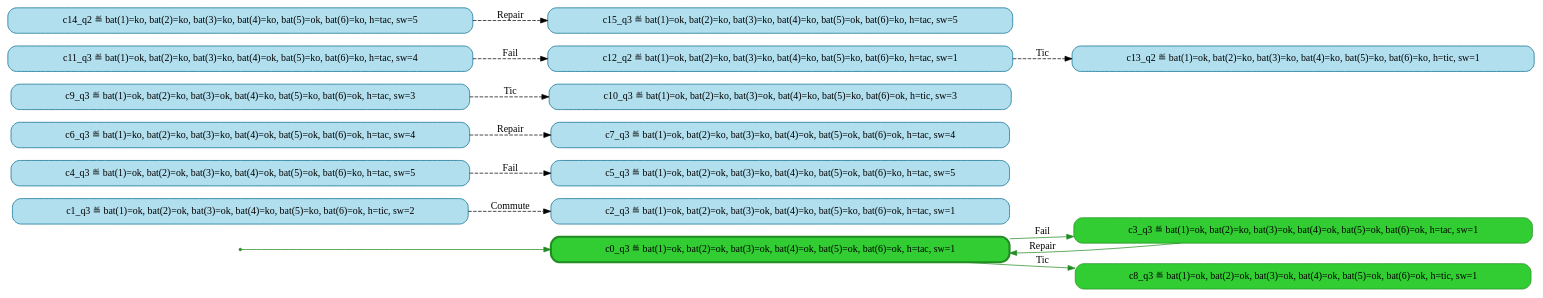
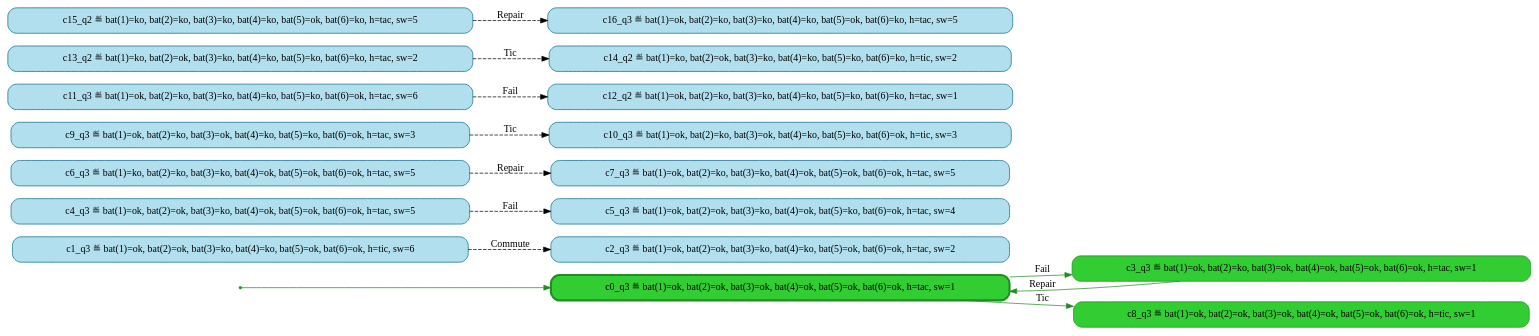
The diagram in resources/results/threeBatteries/2_rel/cxp_full.dot (stratosphr/stratest2), drawn with Graphviz before and after one commit. The commit also changed 174 other files, not shown here.

```diff
--- a/resources/results/threeBatteries/2_rel/cxp_full.dot
+++ b/resources/results/threeBatteries/2_rel/cxp_full.dot
@@ -1,35 +1,36 @@
 digraph g {
 
 	rankdir="LR"
 
 	__invisible__[shape="point", color="forestgreen"]
 	c0_q3[label="c0_q3 ≝ bat(1)=ok, bat(2)=ok, bat(3)=ok, bat(4)=ok, bat(5)=ok, bat(6)=ok, h=tac, sw=1", shape="box", style="rounded, filled", color="forestgreen", fillcolor="limegreen", penwidth=3] // Initial
 	c3_q3[label="c3_q3 ≝ bat(1)=ok, bat(2)=ko, bat(3)=ok, bat(4)=ok, bat(5)=ok, bat(6)=ok, h=tac, sw=1", shape="box", style="rounded, filled", color="forestgreen", fillcolor="limegreen"]
 	c8_q3[label="c8_q3 ≝ bat(1)=ok, bat(2)=ok, bat(3)=ok, bat(4)=ok, bat(5)=ok, bat(6)=ok, h=tic, sw=1", shape="box", style="rounded, filled", color="forestgreen", fillcolor="limegreen"]
-	c1_q3[label="c1_q3 ≝ bat(1)=ok, bat(2)=ok, bat(3)=ok, bat(4)=ko, bat(5)=ko, bat(6)=ok, h=tic, sw=2", shape="box", style="rounded, filled", color="deepskyblue4", fillcolor="lightblue2"]
-	c2_q3[label="c2_q3 ≝ bat(1)=ok, bat(2)=ok, bat(3)=ok, bat(4)=ko, bat(5)=ko, bat(6)=ok, h=tac, sw=1", shape="box", style="rounded, filled", color="deepskyblue4", fillcolor="lightblue2"]
-	c4_q3[label="c4_q3 ≝ bat(1)=ok, bat(2)=ok, bat(3)=ko, bat(4)=ok, bat(5)=ok, bat(6)=ko, h=tac, sw=5", shape="box", style="rounded, filled", color="deepskyblue4", fillcolor="lightblue2"]
-	c5_q3[label="c5_q3 ≝ bat(1)=ok, bat(2)=ok, bat(3)=ko, bat(4)=ko, bat(5)=ok, bat(6)=ko, h=tac, sw=5", shape="box", style="rounded, filled", color="deepskyblue4", fillcolor="lightblue2"]
-	c6_q3[label="c6_q3 ≝ bat(1)=ko, bat(2)=ko, bat(3)=ko, bat(4)=ok, bat(5)=ok, bat(6)=ok, h=tac, sw=4", shape="box", style="rounded, filled", color="deepskyblue4", fillcolor="lightblue2"]
-	c7_q3[label="c7_q3 ≝ bat(1)=ok, bat(2)=ko, bat(3)=ko, bat(4)=ok, bat(5)=ok, bat(6)=ok, h=tac, sw=4", shape="box", style="rounded, filled", color="deepskyblue4", fillcolor="lightblue2"]
+	c1_q3[label="c1_q3 ≝ bat(1)=ok, bat(2)=ok, bat(3)=ko, bat(4)=ko, bat(5)=ok, bat(6)=ok, h=tic, sw=6", shape="box", style="rounded, filled", color="deepskyblue4", fillcolor="lightblue2"]
+	c2_q3[label="c2_q3 ≝ bat(1)=ok, bat(2)=ok, bat(3)=ko, bat(4)=ko, bat(5)=ok, bat(6)=ok, h=tac, sw=2", shape="box", style="rounded, filled", color="deepskyblue4", fillcolor="lightblue2"]
+	c4_q3[label="c4_q3 ≝ bat(1)=ok, bat(2)=ok, bat(3)=ko, bat(4)=ok, bat(5)=ok, bat(6)=ok, h=tac, sw=5", shape="box", style="rounded, filled", color="deepskyblue4", fillcolor="lightblue2"]
+	c5_q3[label="c5_q3 ≝ bat(1)=ok, bat(2)=ok, bat(3)=ko, bat(4)=ok, bat(5)=ko, bat(6)=ok, h=tac, sw=4", shape="box", style="rounded, filled", color="deepskyblue4", fillcolor="lightblue2"]
+	c6_q3[label="c6_q3 ≝ bat(1)=ko, bat(2)=ko, bat(3)=ko, bat(4)=ok, bat(5)=ok, bat(6)=ok, h=tac, sw=5", shape="box", style="rounded, filled", color="deepskyblue4", fillcolor="lightblue2"]
+	c7_q3[label="c7_q3 ≝ bat(1)=ok, bat(2)=ko, bat(3)=ko, bat(4)=ok, bat(5)=ok, bat(6)=ok, h=tac, sw=5", shape="box", style="rounded, filled", color="deepskyblue4", fillcolor="lightblue2"]
 	c9_q3[label="c9_q3 ≝ bat(1)=ok, bat(2)=ko, bat(3)=ok, bat(4)=ko, bat(5)=ko, bat(6)=ok, h=tac, sw=3", shape="box", style="rounded, filled", color="deepskyblue4", fillcolor="lightblue2"]
 	c10_q3[label="c10_q3 ≝ bat(1)=ok, bat(2)=ko, bat(3)=ok, bat(4)=ko, bat(5)=ko, bat(6)=ok, h=tic, sw=3", shape="box", style="rounded, filled", color="deepskyblue4", fillcolor="lightblue2"]
-	c11_q3[label="c11_q3 ≝ bat(1)=ok, bat(2)=ko, bat(3)=ko, bat(4)=ok, bat(5)=ko, bat(6)=ko, h=tac, sw=4", shape="box", style="rounded, filled", color="deepskyblue4", fillcolor="lightblue2"]
+	c11_q3[label="c11_q3 ≝ bat(1)=ok, bat(2)=ko, bat(3)=ko, bat(4)=ko, bat(5)=ko, bat(6)=ok, h=tac, sw=6", shape="box", style="rounded, filled", color="deepskyblue4", fillcolor="lightblue2"]
 	c12_q2[label="c12_q2 ≝ bat(1)=ok, bat(2)=ko, bat(3)=ko, bat(4)=ko, bat(5)=ko, bat(6)=ko, h=tac, sw=1", shape="box", style="rounded, filled", color="deepskyblue4", fillcolor="lightblue2"]
-	c13_q2[label="c13_q2 ≝ bat(1)=ok, bat(2)=ko, bat(3)=ko, bat(4)=ko, bat(5)=ko, bat(6)=ko, h=tic, sw=1", shape="box", style="rounded, filled", color="deepskyblue4", fillcolor="lightblue2"]
-	c14_q2[label="c14_q2 ≝ bat(1)=ko, bat(2)=ko, bat(3)=ko, bat(4)=ko, bat(5)=ok, bat(6)=ko, h=tac, sw=5", shape="box", style="rounded, filled", color="deepskyblue4", fillcolor="lightblue2"]
-	c15_q3[label="c15_q3 ≝ bat(1)=ok, bat(2)=ko, bat(3)=ko, bat(4)=ko, bat(5)=ok, bat(6)=ko, h=tac, sw=5", shape="box", style="rounded, filled", color="deepskyblue4", fillcolor="lightblue2"]
+	c13_q2[label="c13_q2 ≝ bat(1)=ko, bat(2)=ok, bat(3)=ko, bat(4)=ko, bat(5)=ko, bat(6)=ko, h=tac, sw=2", shape="box", style="rounded, filled", color="deepskyblue4", fillcolor="lightblue2"]
+	c14_q2[label="c14_q2 ≝ bat(1)=ko, bat(2)=ok, bat(3)=ko, bat(4)=ko, bat(5)=ko, bat(6)=ko, h=tic, sw=2", shape="box", style="rounded, filled", color="deepskyblue4", fillcolor="lightblue2"]
+	c15_q2[label="c15_q2 ≝ bat(1)=ko, bat(2)=ko, bat(3)=ko, bat(4)=ko, bat(5)=ok, bat(6)=ko, h=tac, sw=5", shape="box", style="rounded, filled", color="deepskyblue4", fillcolor="lightblue2"]
+	c16_q3[label="c16_q3 ≝ bat(1)=ok, bat(2)=ko, bat(3)=ko, bat(4)=ko, bat(5)=ok, bat(6)=ko, h=tac, sw=5", shape="box", style="rounded, filled", color="deepskyblue4", fillcolor="lightblue2"]
 
 	__invisible__ -> c0_q3[color="forestgreen"]
 	c0_q3 -> c3_q3[label="Fail", color="forestgreen"]
 	c3_q3 -> c0_q3[label="Repair", color="forestgreen"]
 	c0_q3 -> c8_q3[label="Tic", color="forestgreen"]
 	c1_q3 -> c2_q3[label="Commute", color="black", style="dashed"]
 	c4_q3 -> c5_q3[label="Fail", color="black", style="dashed"]
 	c6_q3 -> c7_q3[label="Repair", color="black", style="dashed"]
 	c9_q3 -> c10_q3[label="Tic", color="black", style="dashed"]
 	c11_q3 -> c12_q2[label="Fail", color="black", style="dashed"]
-	c12_q2 -> c13_q2[label="Tic", color="black", style="dashed"]
-	c14_q2 -> c15_q3[label="Repair", color="black", style="dashed"]
+	c13_q2 -> c14_q2[label="Tic", color="black", style="dashed"]
+	c15_q2 -> c16_q3[label="Repair", color="black", style="dashed"]
 
 }
```
